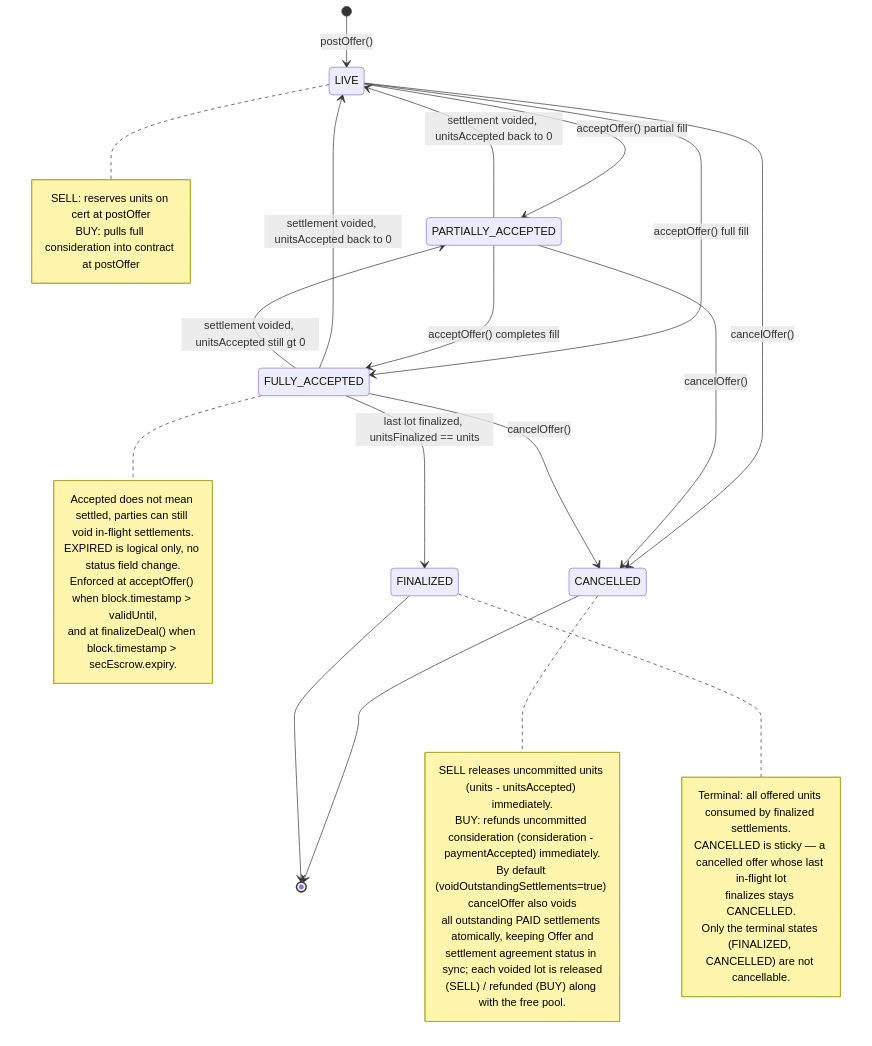
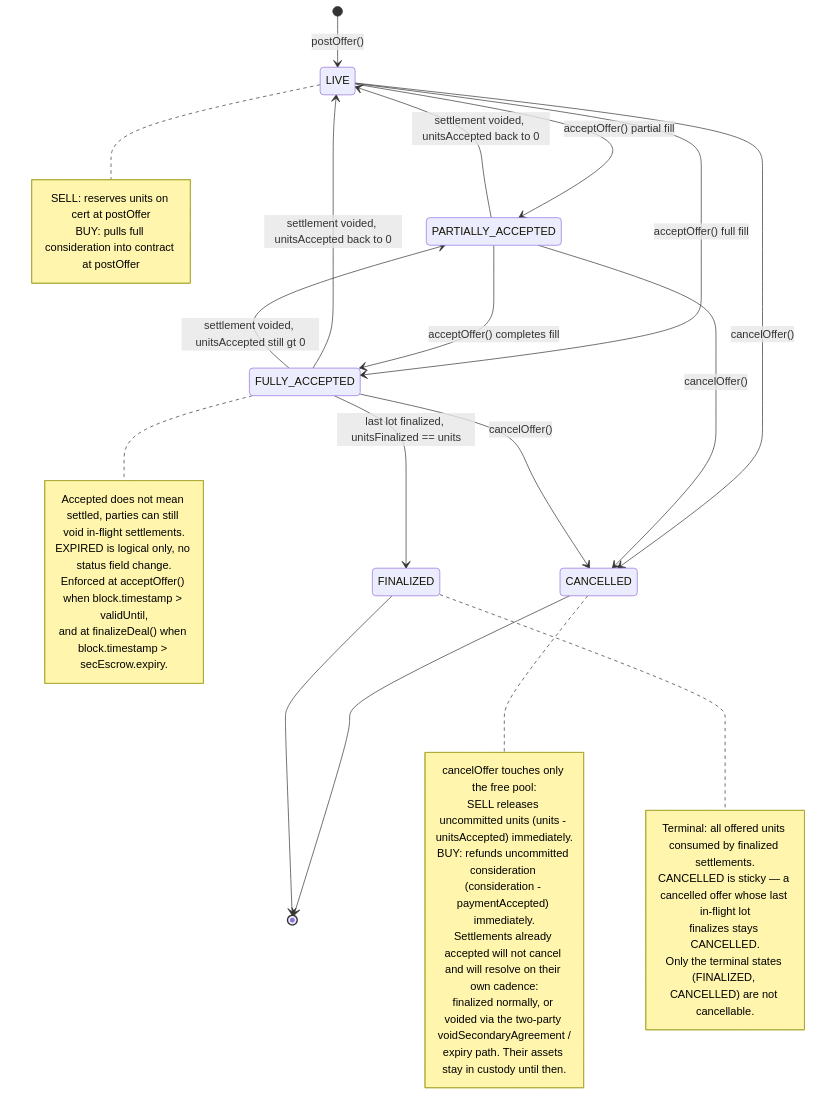
One commit to MetaLex-Tech/cybercorps-contracts changed the first of 6 diagrams in specs/analysis/dealManager secondary trades.md. Above: the diagram before and after it, drawn with Mermaid. The commit also changed other lines of this file and 3 other files, not shown here.

Commit message:
fix: in-flight settlement should not be cancellable by cancelOffer(). Add tests against real CyberAgreementRegistry

````diff
--- a/specs/analysis/dealManager secondary trades.md
+++ b/specs/analysis/dealManager secondary trades.md
@@ -10,40 +10,40 @@
 ```mermaid
 stateDiagram-v2
     [*] --> LIVE: postOffer()
     LIVE --> CANCELLED: cancelOffer()
     PARTIALLY_ACCEPTED --> CANCELLED: cancelOffer()
     FULLY_ACCEPTED --> CANCELLED: cancelOffer()
     LIVE --> PARTIALLY_ACCEPTED: acceptOffer() partial fill
     LIVE --> FULLY_ACCEPTED: acceptOffer() full fill
     PARTIALLY_ACCEPTED --> FULLY_ACCEPTED: acceptOffer() completes fill
     PARTIALLY_ACCEPTED --> LIVE: settlement voided, unitsAccepted back to 0
     FULLY_ACCEPTED --> LIVE: settlement voided, unitsAccepted back to 0
     FULLY_ACCEPTED --> PARTIALLY_ACCEPTED: settlement voided, unitsAccepted still gt 0
     FULLY_ACCEPTED --> FINALIZED: last lot finalized, unitsFinalized == units
     CANCELLED --> [*]
     FINALIZED --> [*]
     note right of LIVE
         SELL: reserves units on cert at postOffer
         BUY: pulls full consideration into contract at postOffer
     end note
     note right of CANCELLED
+        cancelOffer touches only the free pool:
         SELL releases uncommitted units (units - unitsAccepted) immediately.
         BUY: refunds uncommitted consideration (consideration - paymentAccepted) immediately.
-        By default (voidOutstandingSettlements=true) cancelOffer also voids
-        all outstanding PAID settlements atomically, keeping Offer and
-        settlement agreement status in sync; each voided lot is released
-        (SELL) / refunded (BUY) along with the free pool.
+        Settlements already accepted will not cancel and will resolve on their own cadence:
+        finalized normally, or voided via the two-party voidSecondaryAgreement /
+        expiry path. Their assets stay in custody until then.
     end note
     note right of FINALIZED
         Terminal: all offered units consumed by finalized settlements.
         CANCELLED is sticky — a cancelled offer whose last in-flight lot
         finalizes stays CANCELLED.
         Only the terminal states (FINALIZED, CANCELLED) are not cancellable.
     end note
     note right of FULLY_ACCEPTED
         Accepted does not mean settled, parties can still void in-flight settlements.
         EXPIRED is logical only, no status field change.
         Enforced at acceptOffer() when block.timestamp > validUntil,
         and at finalizeDeal() when block.timestamp > secEscrow.expiry.
     end note
 ```
````
